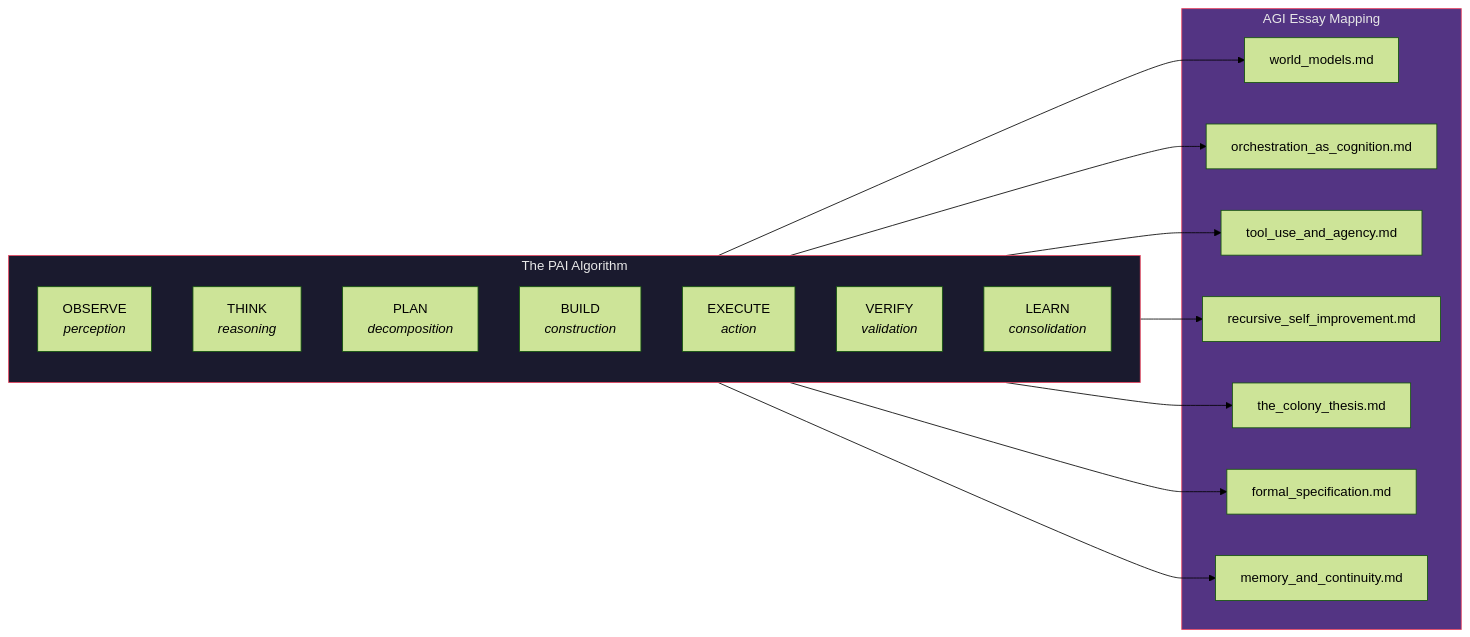
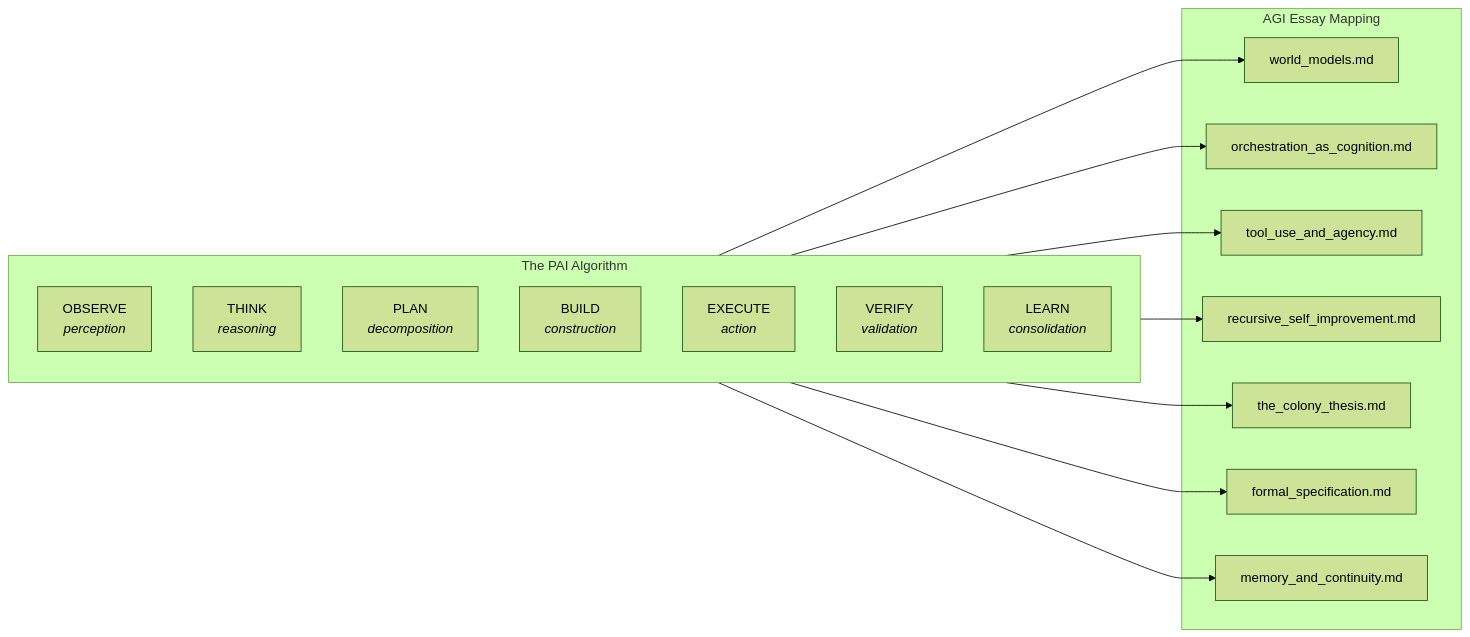
Before and after one commit to docxology/codomyrmex: the diagram in docs/agi/PAI.md, drawn with Mermaid (forest theme). The commit also changed 86 other files, not shown here.

````diff
--- a/docs/agi/PAI.md
+++ b/docs/agi/PAI.md
@@ -11,34 +11,31 @@
 ```mermaid
 graph LR
     subgraph ALGORITHM["The PAI Algorithm"]
         direction TB
         OBS["OBSERVE<br/><i>perception</i>"]
         THINK["THINK<br/><i>reasoning</i>"]
         PLAN["PLAN<br/><i>decomposition</i>"]
         BUILD["BUILD<br/><i>construction</i>"]
         EXEC["EXECUTE<br/><i>action</i>"]
         VER["VERIFY<br/><i>validation</i>"]
         LEARN["LEARN<br/><i>consolidation</i>"]
     end
 
     subgraph AGI_MAP["AGI Essay Mapping"]
         WM["world_models.md"]
         OC["orchestration_as_cognition.md"]
         TU["tool_use_and_agency.md"]
         RSI["recursive_self_improvement.md"]
         CT["the_colony_thesis.md"]
         FS["formal_specification.md"]
         MC["memory_and_continuity.md"]
     end
 
     OBS --> WM
     THINK --> OC
     PLAN --> TU
     BUILD --> RSI
     EXEC --> CT
     VER --> FS
     LEARN --> MC
-
-    style ALGORITHM fill:#1a1a2e,stroke:#e94560,color:#e8e8e8
-    style AGI_MAP fill:#533483,stroke:#e94560,color:#e8e8e8
 ```
````
